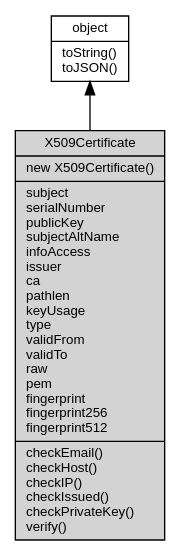
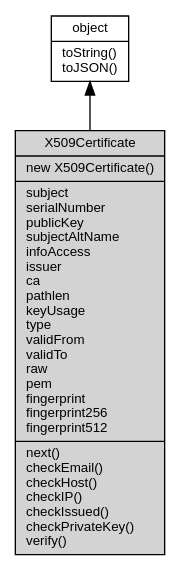
The diagram in docs/manual/object/ifs/X509Certificate.md (fibjs/fibjs.org), drawn with Graphviz before and after one commit. The commit also changed other lines of this file and 58 other files, not shown here.

````diff
--- a/docs/manual/object/ifs/X509Certificate.md
+++ b/docs/manual/object/ifs/X509Certificate.md
@@ -10,10 +10,10 @@
 ```dot
 digraph {
     node [fontname="Helvetica,sans-Serif", fontsize=10, shape="record", style="filled", fillcolor="white"];
 
     object [tooltip="object", URL="object.md", label="{object|toString()\ltoJSON()\l}"];
-    X509Certificate [tooltip="X509Certificate", fillcolor="lightgray", id="me", label="{X509Certificate|new X509Certificate()\l|subject\lserialNumber\lpublicKey\lsubjectAltName\linfoAccess\lissuer\lca\lpathlen\lkeyUsage\ltype\lvalidFrom\lvalidTo\lraw\lpem\lfingerprint\lfingerprint256\lfingerprint512\l|checkEmail()\lcheckHost()\lcheckIP()\lcheckIssued()\lcheckPrivateKey()\lverify()\l}"];
+    X509Certificate [tooltip="X509Certificate", fillcolor="lightgray", id="me", label="{X509Certificate|new X509Certificate()\l|subject\lserialNumber\lpublicKey\lsubjectAltName\linfoAccess\lissuer\lca\lpathlen\lkeyUsage\ltype\lvalidFrom\lvalidTo\lraw\lpem\lfingerprint\lfingerprint256\lfingerprint512\l|next()\lcheckEmail()\lcheckHost()\lcheckIP()\lcheckIssued()\lcheckPrivateKey()\lverify()\l}"];
 
     object -> X509Certificate [dir=back];
 }
 ```
````
